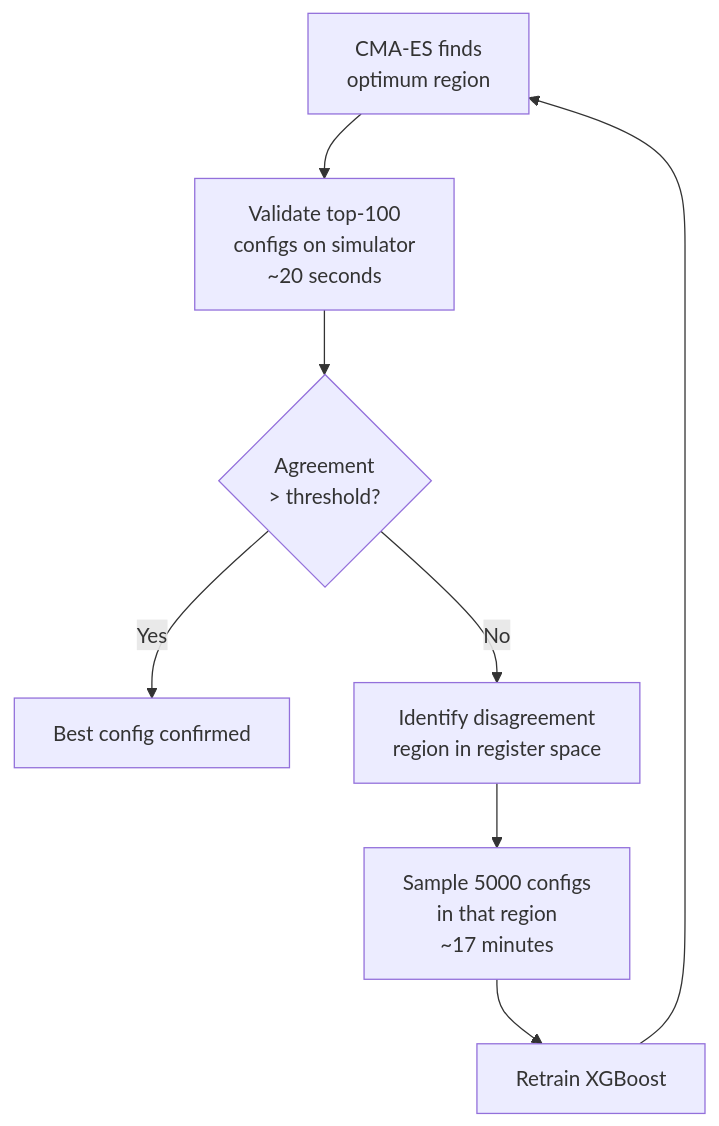
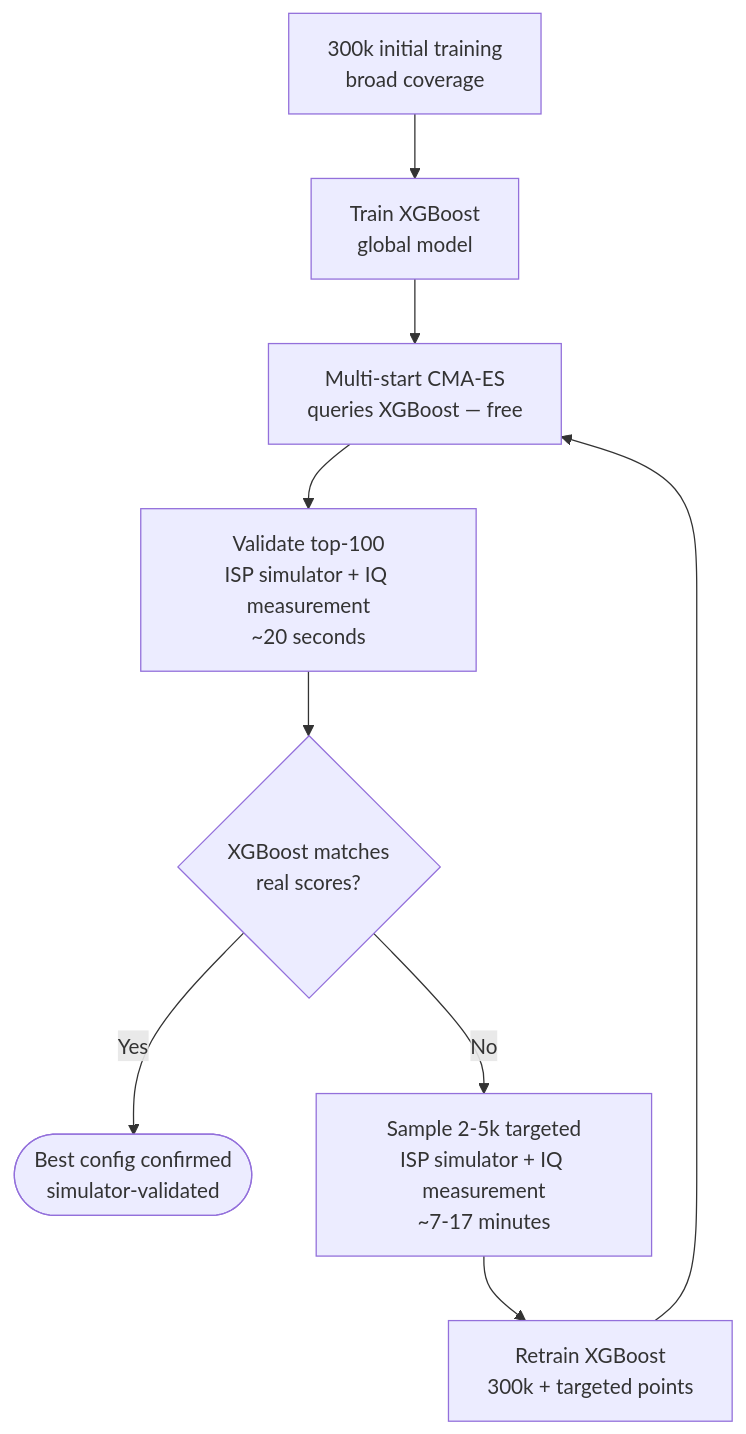
The seventh of 8 diagrams in Vault-bbo/wiki/analyses/isp-register-optimization.md (chenrimoch86/bbo-vault), drawn with Mermaid before and after one commit. The commit also changed other lines of this file and 9 other files, not shown here.

````diff
--- a/Vault-bbo/wiki/analyses/isp-register-optimization.md
+++ b/Vault-bbo/wiki/analyses/isp-register-optimization.md
@@ -104,10 +197,11 @@
 ```mermaid
 flowchart TD
-    A[CMA-ES finds\noptimum region] --> B[Validate top-100\nconfigs on simulator\n~20 seconds]
-    B --> C{Agreement\n> threshold?}
-    C -- Yes --> D[Best config confirmed]
-    C -- No --> E[Identify disagreement\nregion in register space]
-    E --> F[Sample 5000 configs\nin that region\n~17 minutes]
-    F --> G[Retrain XGBoost]
-    G --> A
+    A["300k initial training<br/>broad coverage"] --> B["Train XGBoost<br/>global model"]
+    B --> C["Multi-start CMA-ES<br/>queries XGBoost — free"]
+    C --> D["Validate top-100<br/>ISP simulator + IQ measurement<br/>~20 seconds"]
+    D --> E{"XGBoost matches<br/>real scores?"}
+    E -- Yes --> F(["Best config confirmed<br/>simulator-validated"])
+    E -- No --> G["Sample 2-5k targeted<br/>ISP simulator + IQ measurement<br/>~7-17 minutes"]
+    G --> H["Retrain XGBoost<br/>300k + targeted points"]
+    H --> C
 ```
````
